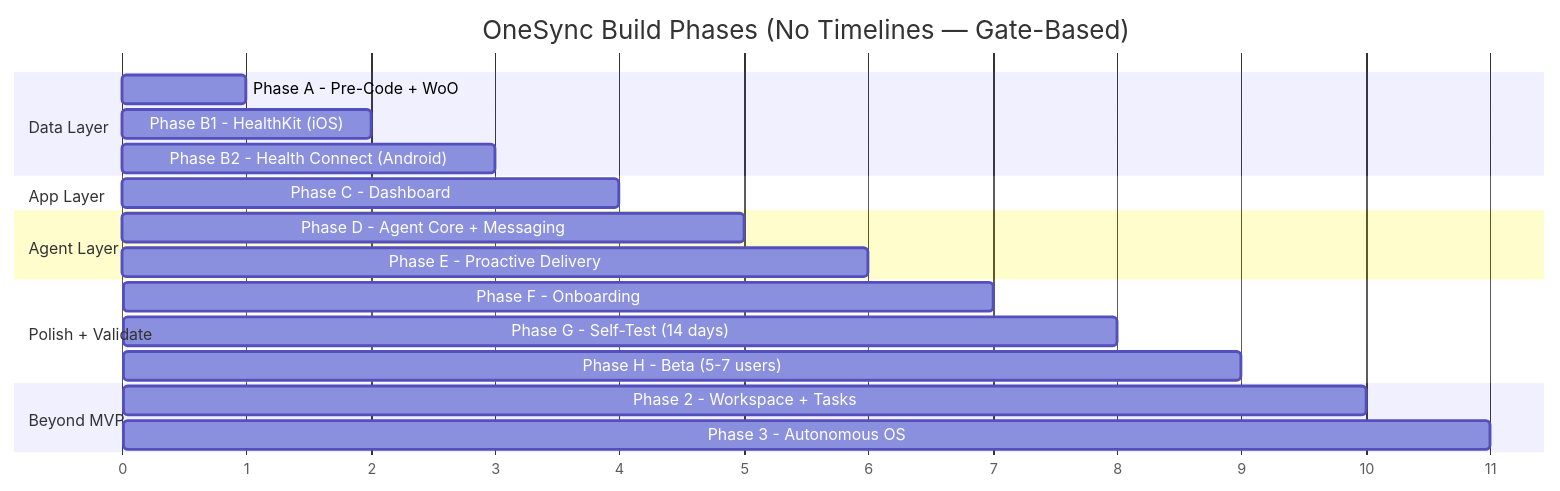
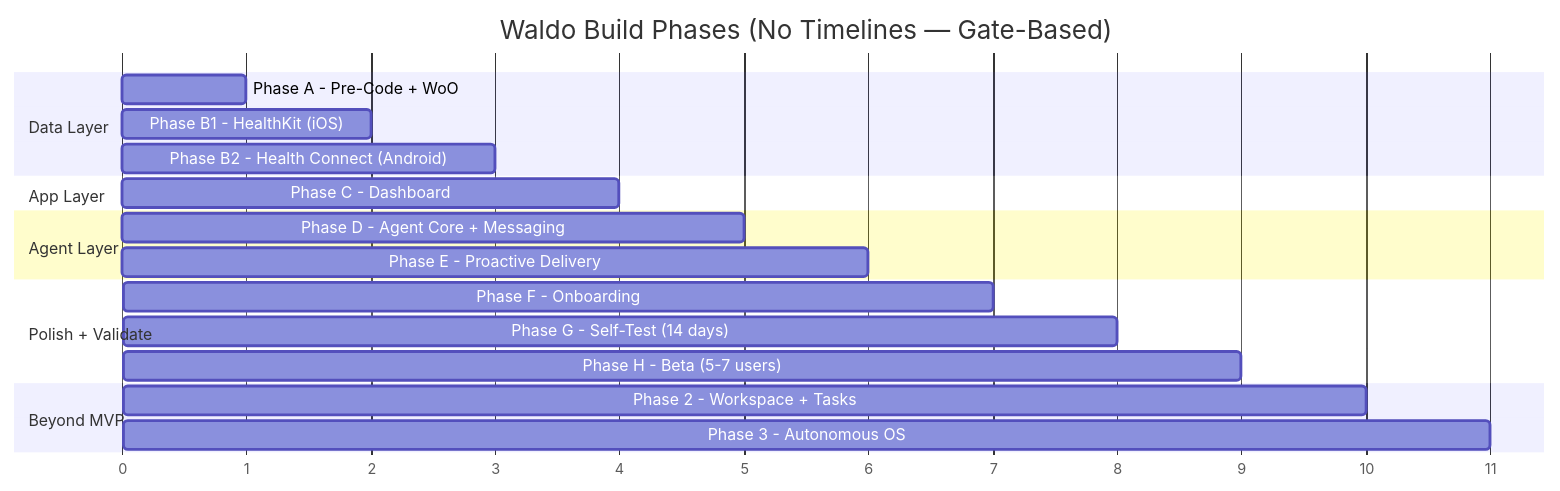
One commit to Pin4sf/Waldo changed the fourth of 4 diagrams in docs-site/README.md. Above: the diagram before and after it, drawn with Mermaid. The commit also changed other lines of this file and 56 other files, not shown here.

First line of the commit message:
feat: rebrand OneSync to Waldo across entire codebase

````diff
--- a/docs-site/README.md
+++ b/docs-site/README.md
@@ -94,27 +94,27 @@
 ```mermaid
 gantt
-    title OneSync Build Phases (No Timelines — Gate-Based)
+    title Waldo Build Phases (No Timelines — Gate-Based)
     dateFormat X
     axisFormat %s
 
     section Data Layer
     Phase A - Pre-Code + WoO          :a, 0, 1
     Phase B1 - HealthKit (iOS)         :b1, 1, 2
     Phase B2 - Health Connect (Android) :b2, 2, 3
 
     section App Layer
     Phase C - Dashboard                :c, 3, 4
 
     section Agent Layer
     Phase D - Agent Core + Messaging    :d, 4, 5
     Phase E - Proactive Delivery       :e, 5, 6
 
     section Polish + Validate
     Phase F - Onboarding               :f, 6, 7
     Phase G - Self-Test (14 days)      :g, 7, 8
     Phase H - Beta (5-7 users)         :h, 8, 9
 
     section Beyond MVP
     Phase 2 - Workspace + Tasks        :p2, 9, 10
     Phase 3 - Autonomous OS            :p3, 10, 11
 ```
````
